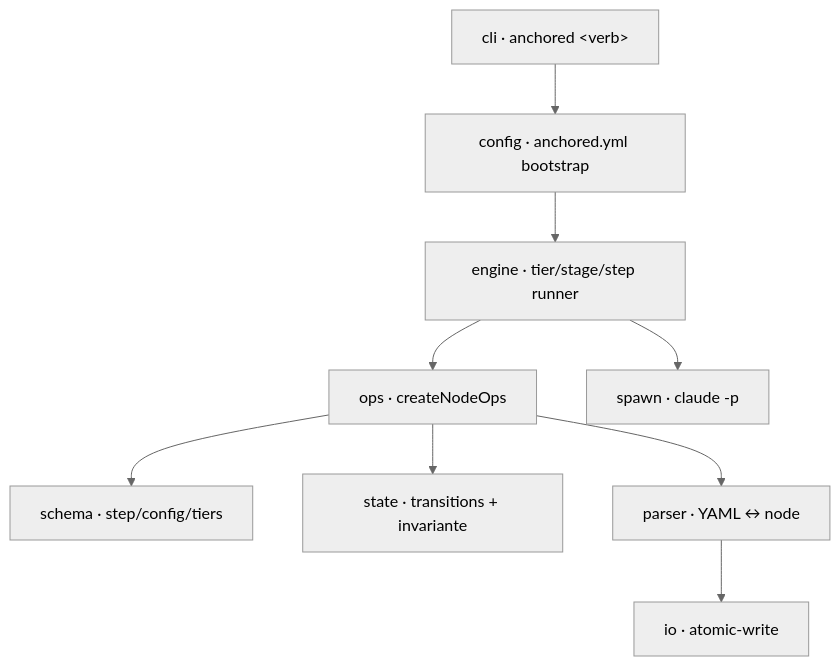
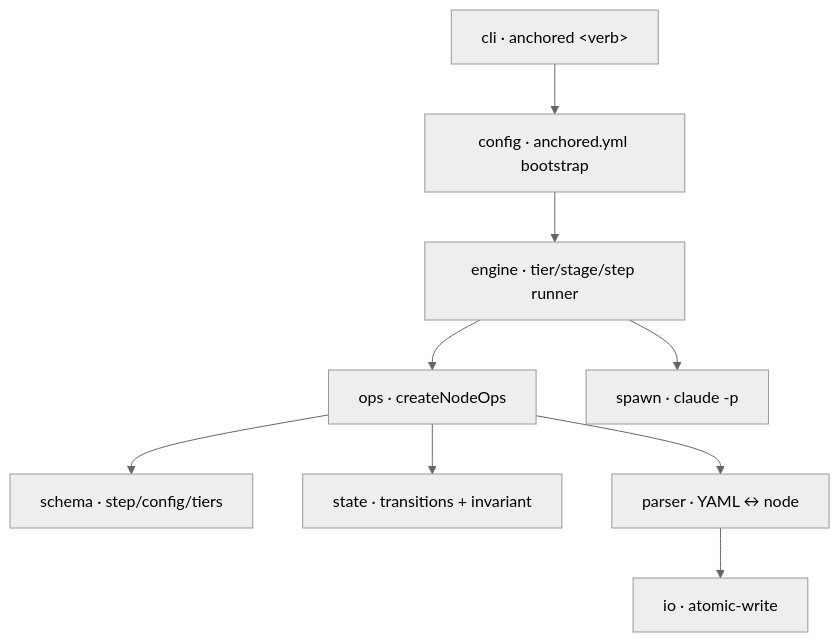
The diagram in docs/core/_core.md (chafoo/anchored), drawn with Mermaid (neutral theme) before and after one commit. The commit also changed other lines of this file and 131 other files, not shown here.

````diff
--- a/docs/core/_core.md
+++ b/docs/core/_core.md
@@ -10,11 +10,11 @@
 ```mermaid
 flowchart TB
     cli["cli · anchored &lt;verb&gt;"] --> config["config · anchored.yml bootstrap"]
     config --> engine["engine · tier/stage/step runner"]
     engine --> ops["ops · createNodeOps"]
     engine --> spawn["spawn · claude -p"]
     ops --> schema["schema · step/config/tiers"]
-    ops --> state["state · transitions + invariante"]
+    ops --> state["state · transitions + invariant"]
     ops --> parser["parser · YAML ↔ node"]
     parser --> io["io · atomic-write"]
 ```
````
